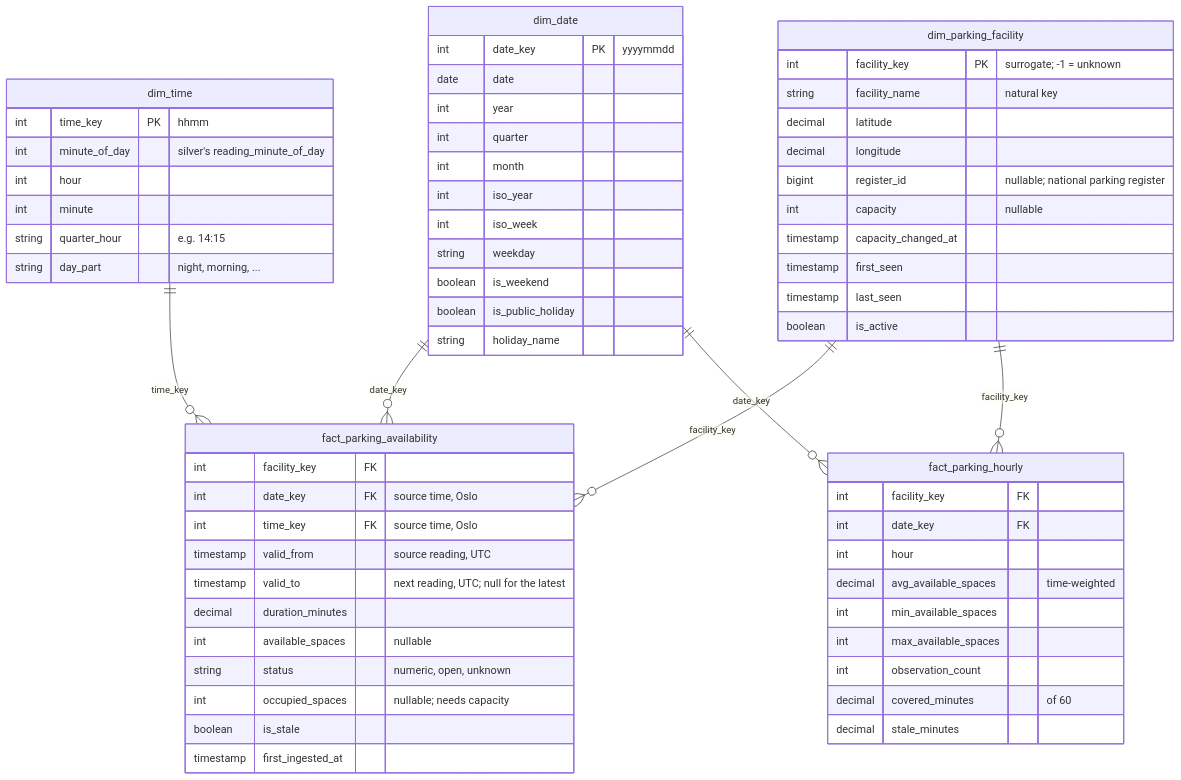
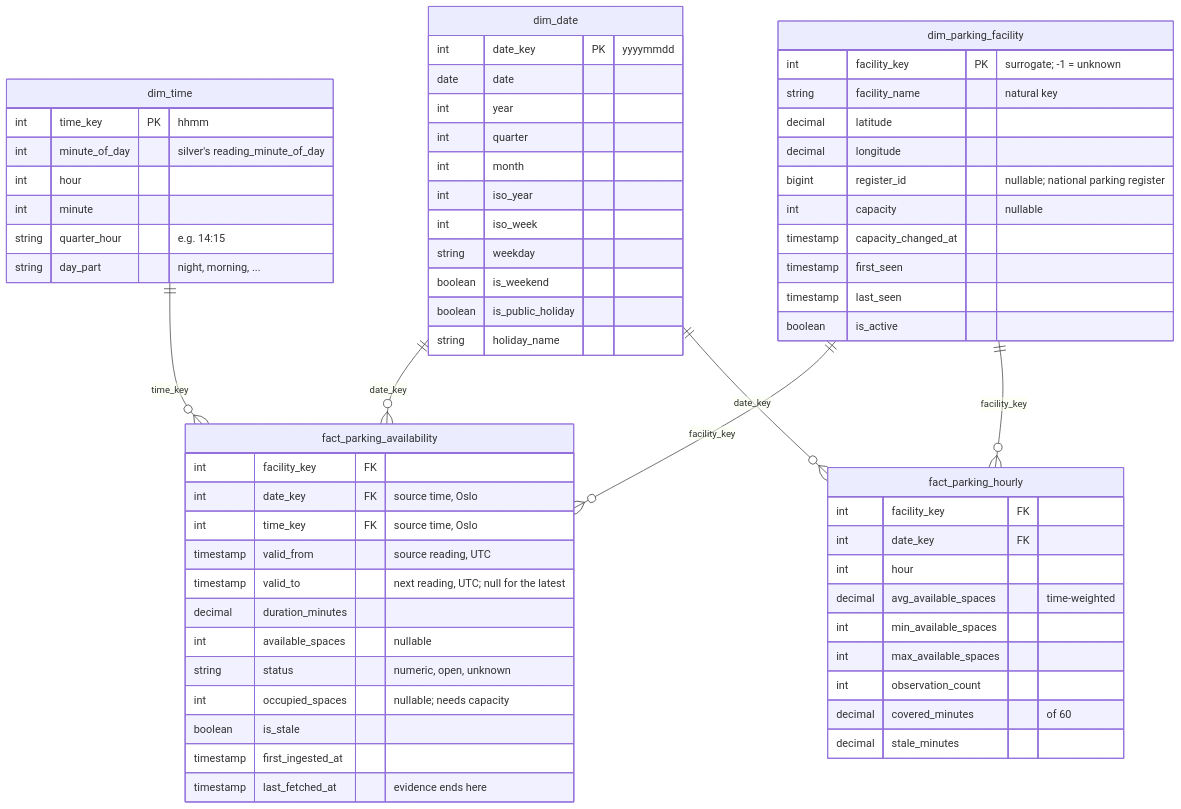
The third of 3 diagrams in docs/architecture.md (VirtueMe/stavangerparking), drawn with Mermaid before and after one commit. The commit also changed 8 other files, not shown here.

````diff
--- a/docs/architecture.md
+++ b/docs/architecture.md
@@ -96,70 +96,71 @@
 ```mermaid
 erDiagram
     dim_date ||--o{ fact_parking_availability : "date_key"
     dim_time ||--o{ fact_parking_availability : "time_key"
     dim_parking_facility ||--o{ fact_parking_availability : "facility_key"
     dim_date ||--o{ fact_parking_hourly : "date_key"
     dim_parking_facility ||--o{ fact_parking_hourly : "facility_key"
 
     dim_date {
         int date_key PK "yyyymmdd"
         date date
         int year
         int quarter
         int month
         int iso_year
         int iso_week
         string weekday
         boolean is_weekend
         boolean is_public_holiday
         string holiday_name
     }
 
     dim_time {
         int time_key PK "hhmm"
         int minute_of_day "silver's reading_minute_of_day"
         int hour
         int minute
         string quarter_hour "e.g. 14:15"
         string day_part "night, morning, ..."
     }
 
     dim_parking_facility {
         int facility_key PK "surrogate; -1 = unknown"
         string facility_name "natural key"
         decimal latitude
         decimal longitude
         bigint register_id "nullable; national parking register"
         int capacity "nullable"
         timestamp capacity_changed_at
         timestamp first_seen
         timestamp last_seen
         boolean is_active
     }
 
     fact_parking_availability {
         int facility_key FK
         int date_key FK "source time, Oslo"
         int time_key FK "source time, Oslo"
         timestamp valid_from "source reading, UTC"
         timestamp valid_to "next reading, UTC; null for the latest"
         decimal duration_minutes
         int available_spaces "nullable"
         string status "numeric, open, unknown"
         int occupied_spaces "nullable; needs capacity"
         boolean is_stale
         timestamp first_ingested_at
+        timestamp last_fetched_at "evidence ends here"
     }
 
     fact_parking_hourly {
         int facility_key FK
         int date_key FK
         int hour
         decimal avg_available_spaces "time-weighted"
         int min_available_spaces
         int max_available_spaces
         int observation_count
         decimal covered_minutes "of 60"
         decimal stale_minutes
     }
 ```
````
